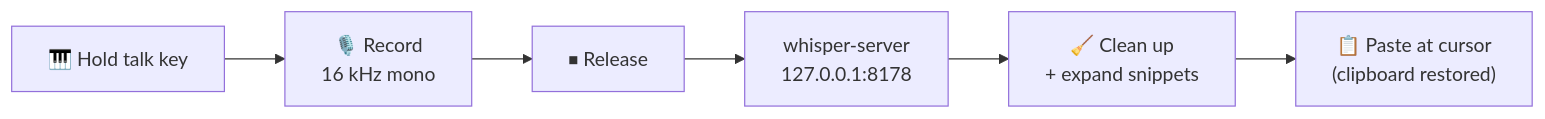
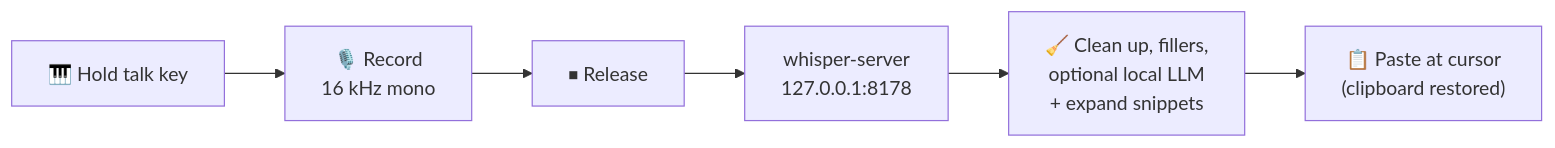
The diagram in README.md (jabreeflor/voice), drawn with Mermaid before and after one commit. The commit also changed other lines of this file and 13 other files, not shown here.

First line of the commit message:
Remove filler words and add an optional local LLM polish pass

````diff
--- a/README.md
+++ b/README.md
@@ -298,8 +319,8 @@
 ```mermaid
 graph LR
     A["🎹 Hold talk key"] --> B["🎙️ Record<br>16 kHz mono"]
     B --> C["⏹ Release"]
     C --> D["whisper-server<br>127.0.0.1:8178"]
-    D --> E["🧹 Clean up<br>+ expand snippets"]
+    D --> E["🧹 Clean up, fillers,<br>optional local LLM<br>+ expand snippets"]
     E --> F["📋 Paste at cursor<br>(clipboard restored)"]
 ```
````
